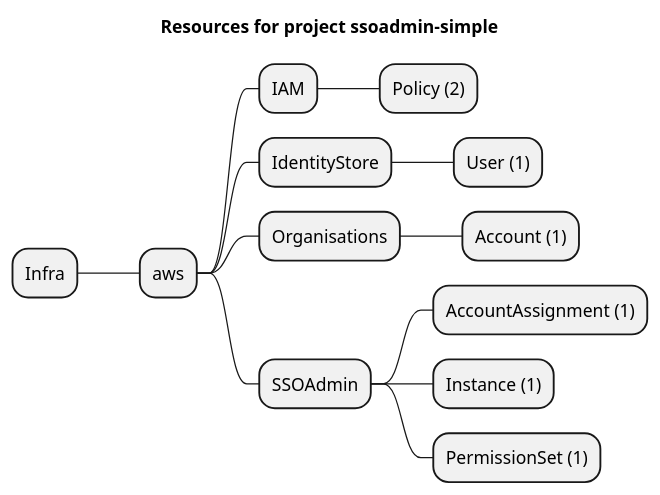
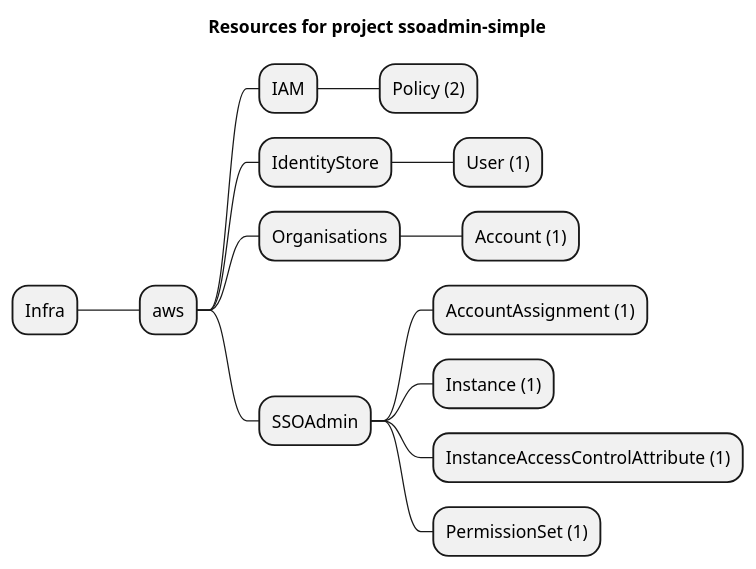
The diagram in examples/aws/SSOAdmin/ssoadmin-simple/artifacts/resources-mindmap.puml (grucloud/grucloud), drawn with PlantUML before and after one commit. The commit also changed 10 other files, not shown here.

```diff
--- a/examples/aws/SSOAdmin/ssoadmin-simple/artifacts/resources-mindmap.puml
+++ b/examples/aws/SSOAdmin/ssoadmin-simple/artifacts/resources-mindmap.puml
@@ -1,16 +1,17 @@
 @startmindmap
 title Resources for project ssoadmin-simple
 skinparam monochrome true
 + Infra
 ++ aws
 +++ IAM
 ++++ Policy (2)
 +++ IdentityStore
 ++++ User (1)
 +++ Organisations
 ++++ Account (1)
 +++ SSOAdmin
 ++++ AccountAssignment (1)
 ++++ Instance (1)
+++++ InstanceAccessControlAttribute (1)
 ++++ PermissionSet (1)
 @endmindmap
```
